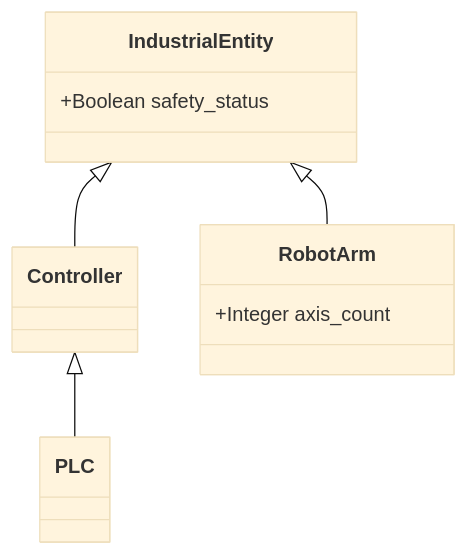
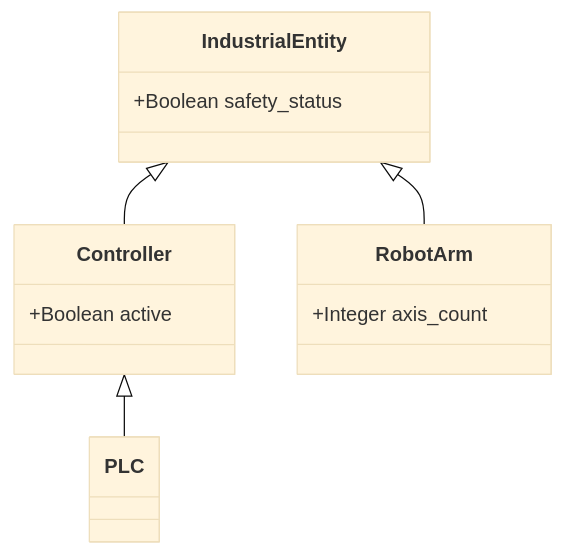
The diagram in examples/smart_factory.mmd (bsommers/OntoLogic), drawn with Mermaid (base theme) before and after one commit. The commit also changed 171 other files, not shown here.

```diff
--- a/examples/smart_factory.mmd
+++ b/examples/smart_factory.mmd
@@ -1,13 +1,15 @@
 classDiagram
     class IndustrialEntity["IndustrialEntity"]
     class Controller["Controller"]
     class PLC["PLC"]
     class RobotArm["RobotArm"]
     IndustrialEntity <|-- Controller
     Controller <|-- PLC
     IndustrialEntity <|-- RobotArm
     IndustrialEntity : +Boolean safety_status
     RobotArm : +Integer axis_count
+    Controller : +Boolean active
 
 %% WARNING: The following axioms could not be mapped to field constraints:
+%%   forall r (RobotArm(r) implies axis_count = 6)
 %%   forall c (Controller(c) and safety_status = False implies active = False)
```
